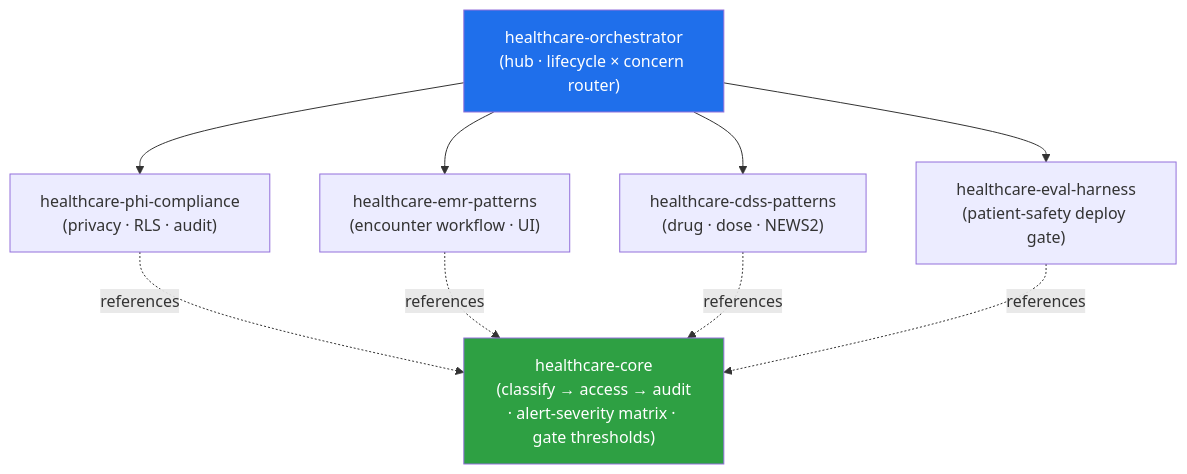
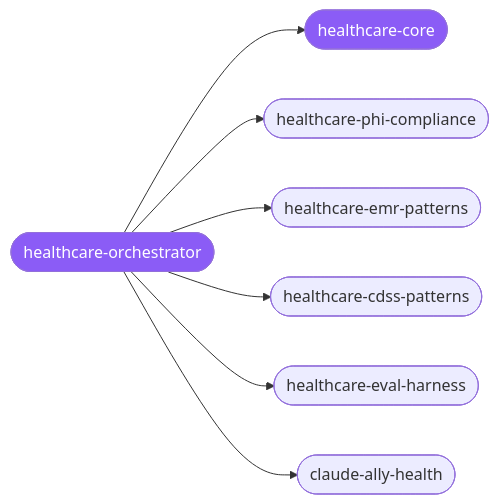
One commit to Sheshiyer/skill-clusters changed the diagram in clusters/healthcare/README.md. Above: the diagram before and after it, drawn with Mermaid. The commit also changed other lines of this file and 44 other files, not shown here.

````diff
--- a/clusters/healthcare/README.md
+++ b/clusters/healthcare/README.md
@@ -32,15 +18,10 @@
 ```mermaid
-graph TD
-    O["healthcare-orchestrator<br/>(hub · lifecycle × concern router)"]
-    O --> PHI["healthcare-phi-compliance<br/>(privacy · RLS · audit)"]
-    O --> EMR["healthcare-emr-patterns<br/>(encounter workflow · UI)"]
-    O --> CDSS["healthcare-cdss-patterns<br/>(drug · dose · NEWS2)"]
-    O --> EVAL["healthcare-eval-harness<br/>(patient-safety deploy gate)"]
-    PHI -. references .-> C["healthcare-core<br/>(classify → access → audit<br/>· alert-severity matrix · gate thresholds)"]
-    EMR -. references .-> C
-    CDSS -. references .-> C
-    EVAL -. references .-> C
-
-    style O fill:#1f6feb,color:#fff
-    style C fill:#2ea043,color:#fff
+graph LR
+  o([healthcare-orchestrator]):::hub --> c([healthcare-core]):::hub
+  o --> s1([healthcare-phi-compliance])
+  o --> s2([healthcare-emr-patterns])
+  o --> s3([healthcare-cdss-patterns])
+  o --> s4([healthcare-eval-harness])
+  o --> s5([claude-ally-health])
+  classDef hub fill:#8b5cf6,color:#fff;
 ```
````
